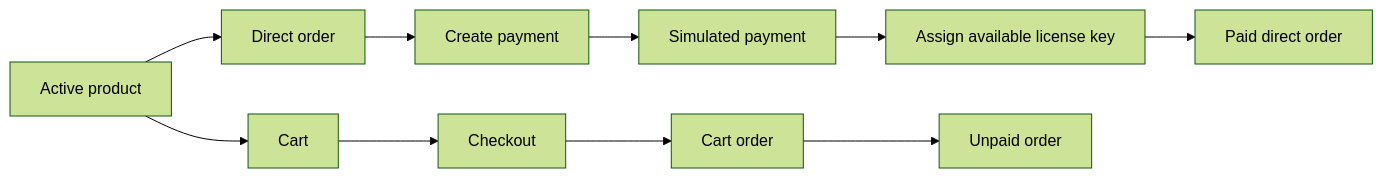
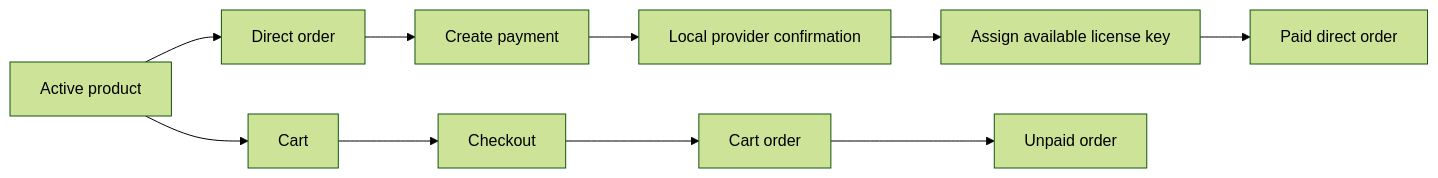
One commit to vladyslav-fdnk/ludora changed the fourth of 5 diagrams in docs/ARCHITECTURE.md. Above: the diagram before and after it, drawn with Mermaid (forest theme). The commit also changed other lines of this file and 11 other files, not shown here.

Commit message:
Add payment provider abstraction

````diff
--- a/docs/ARCHITECTURE.md
+++ b/docs/ARCHITECTURE.md
@@ -254,12 +257,12 @@
 ```mermaid
 flowchart LR
     P[Active product] --> D[Direct order]
     P --> C[Cart]
     C --> CO[Checkout]
     CO --> CRO[Cart order]
     D --> CP[Create payment]
-    CP --> SP[Simulated payment]
+    CP --> SP[Local provider confirmation]
     SP --> K[Assign available license key]
     K --> PAID[Paid direct order]
     CRO --> U[Unpaid order]
 ```
````
